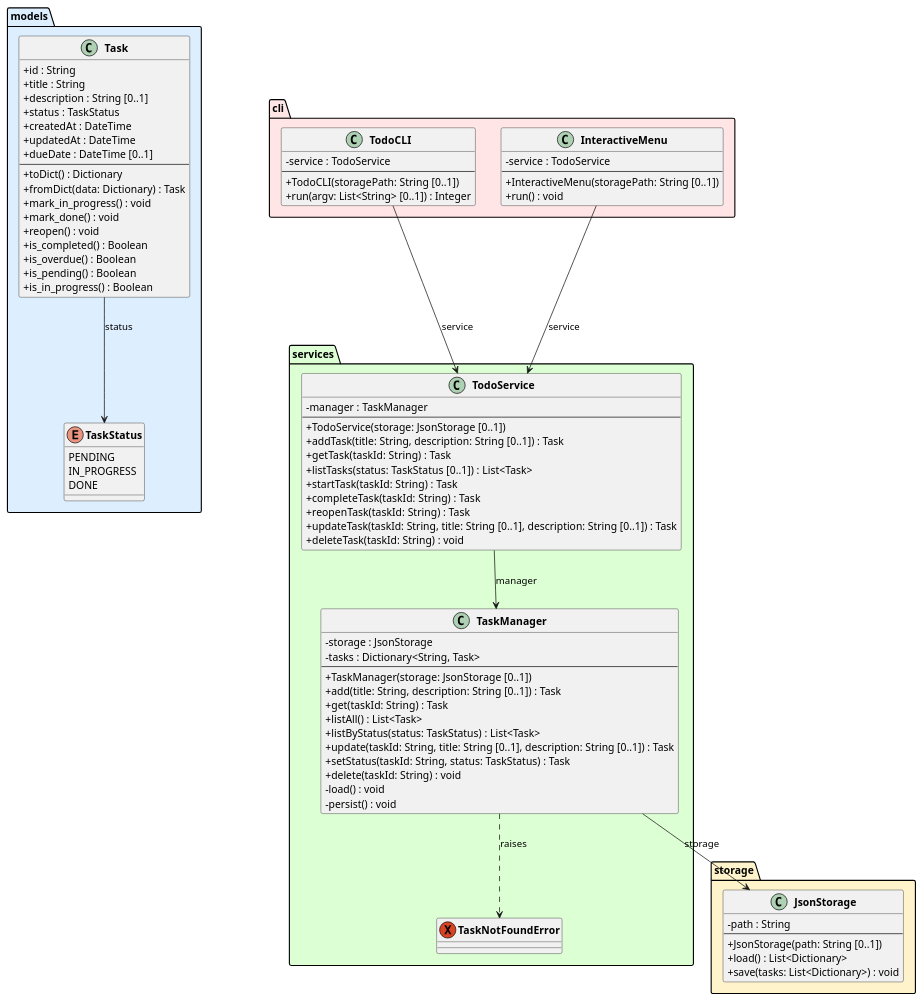
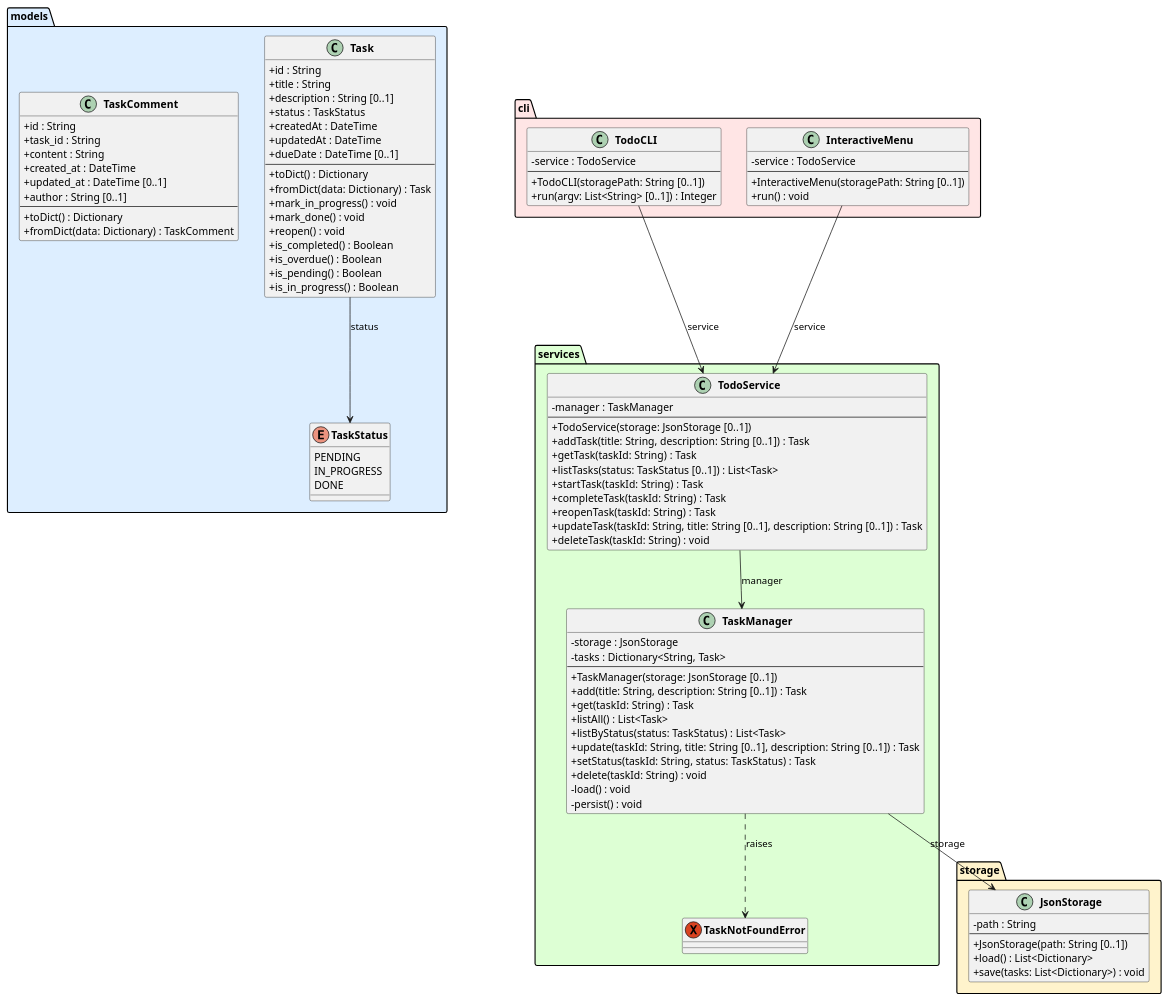
Before and after one commit to DanielRiha8906/Software_autoevolution_using_agents: the diagram in experiments/broadcast/test_driven/TODO/artifacts/class_diagram.puml, drawn with PlantUML. The commit also changed 4 other files, not shown here.

```diff
--- a/experiments/broadcast/test_driven/TODO/artifacts/class_diagram.puml
+++ b/experiments/broadcast/test_driven/TODO/artifacts/class_diagram.puml
@@ -1,101 +1,113 @@
 @startuml class_diagram
 
 skinparam classAttributeIconSize 0
 skinparam classFontStyle bold
 
 package "models" #DDEEFF {
     enum TaskStatus {
         PENDING
         IN_PROGRESS
         DONE
     }
 
     class Task {
         +id : String
         +title : String
         +description : String [0..1]
         +status : TaskStatus
         +createdAt : DateTime
         +updatedAt : DateTime
         +dueDate : DateTime [0..1]
         --
         +toDict() : Dictionary
         +fromDict(data: Dictionary) : Task
         +mark_in_progress() : void
         +mark_done() : void
         +reopen() : void
         +is_completed() : Boolean
         +is_overdue() : Boolean
         +is_pending() : Boolean
         +is_in_progress() : Boolean
+    }
+
+    class TaskComment {
+        +id : String
+        +task_id : String
+        +content : String
+        +created_at : DateTime
+        +updated_at : DateTime [0..1]
+        +author : String [0..1]
+        --
+        +toDict() : Dictionary
+        +fromDict(data: Dictionary) : TaskComment
     }
 }
 
 package "storage" #FFF3CC {
     class JsonStorage {
         -path : String
         --
         +JsonStorage(path: String [0..1])
         +load() : List<Dictionary>
         +save(tasks: List<Dictionary>) : void
     }
 }
 
 package "services" #DDFFD4 {
     exception TaskNotFoundError
 
     class TaskManager {
         -storage : JsonStorage
         -tasks : Dictionary<String, Task>
         --
         +TaskManager(storage: JsonStorage [0..1])
         +add(title: String, description: String [0..1]) : Task
         +get(taskId: String) : Task
         +listAll() : List<Task>
         +listByStatus(status: TaskStatus) : List<Task>
         +update(taskId: String, title: String [0..1], description: String [0..1]) : Task
         +setStatus(taskId: String, status: TaskStatus) : Task
         +delete(taskId: String) : void
         -load() : void
         -persist() : void
     }
 
     class TodoService {
         -manager : TaskManager
         --
         +TodoService(storage: JsonStorage [0..1])
         +addTask(title: String, description: String [0..1]) : Task
         +getTask(taskId: String) : Task
         +listTasks(status: TaskStatus [0..1]) : List<Task>
         +startTask(taskId: String) : Task
         +completeTask(taskId: String) : Task
         +reopenTask(taskId: String) : Task
         +updateTask(taskId: String, title: String [0..1], description: String [0..1]) : Task
         +deleteTask(taskId: String) : void
     }
 }
 
 package "cli" #FFE5E5 {
     class TodoCLI {
         -service : TodoService
         --
         +TodoCLI(storagePath: String [0..1])
         +run(argv: List<String> [0..1]) : Integer
     }
 
     class InteractiveMenu {
         -service : TodoService
         --
         +InteractiveMenu(storagePath: String [0..1])
         +run() : void
     }
 }
 
 Task --> TaskStatus : status
 TaskManager --> JsonStorage : storage
 TaskManager ..> TaskNotFoundError : raises
 TodoService --> TaskManager : manager
 TodoCLI --> TodoService : service
 InteractiveMenu --> TodoService : service
 
 @enduml
```
